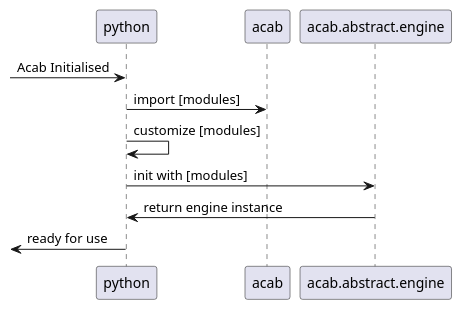
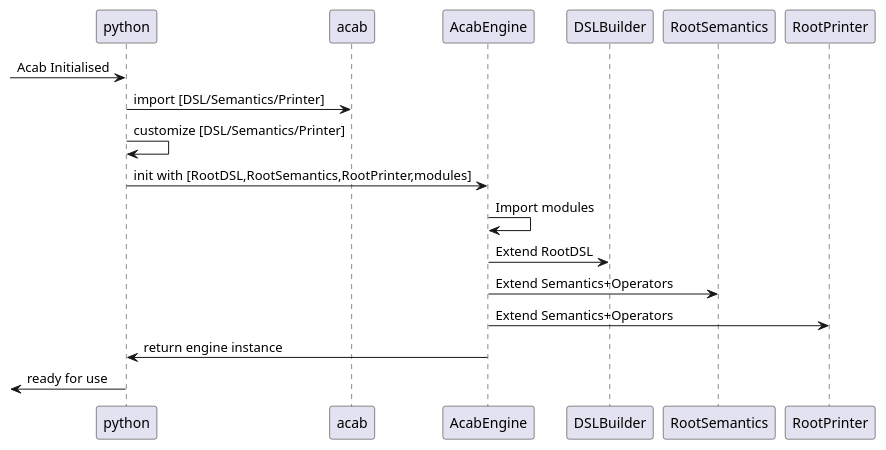
One commit to jgrey4296/acab changed the second of 4 diagrams in docs/structure.org. Above: the diagram before and after it, drawn with PlantUML. The commit also changed other lines of this file, not shown here.

```diff
--- a/docs/structure.org
+++ b/docs/structure.org
@@ -45,8 +41,12 @@
 #+begin_src plantuml :results value verbatim :preview t
-[-> python : Acab Initialised
-python -> acab : import [modules]
-python -> python : customize [modules]
-python -> acab.abstract.engine : init with [modules]
-acab.abstract.engine -> python : return engine instance
-python ->[ : ready for use
+[-> python                  : Acab Initialised
+python -> acab              : import [DSL/Semantics/Printer]
+python -> python            : customize [DSL/Semantics/Printer]
+python -> AcabEngine        : init with [RootDSL,RootSemantics,RootPrinter,modules]
+AcabEngine -> AcabEngine    : Import modules
+AcabEngine -> DSLBuilder    : Extend RootDSL
+AcabEngine -> RootSemantics : Extend Semantics+Operators
+AcabEngine -> RootPrinter   : Extend Semantics+Operators
+AcabEngine -> python        : return engine instance
+python ->[                  : ready for use
 #+end_src
```
